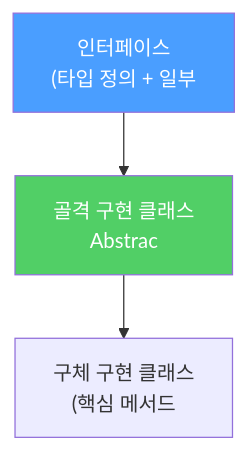
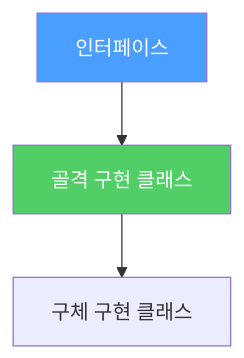
Before and after one commit to yjkim2015/yjkim2015.github.io: the third of 5 diagrams in _posts/java/2022-01-03-effective-java20.md, drawn with Mermaid. The commit also changed other lines of this file and 217 other files, not shown here.

First line of the commit message:
Mermaid 크기 수정: useMaxWidth:true + SVG max-width:100% + 라벨 축소

````diff
--- a/_posts/java/2022-01-03-effective-java20.md
+++ b/_posts/java/2022-01-03-effective-java20.md
@@ -153,7 +153,7 @@
 ```mermaid
 graph TD
-    A["인터페이스\n(타입 정의 + 일부"] --> C["골격 구현 클래스\nAbstrac"]
-    C --> D["구체 구현 클래스\n(핵심 메서드"]
+    A["인터페이스"] --> C["골격 구현 클래스"]
+    C --> D["구체 구현 클래스"]
     style A fill:#4a9eff,color:#fff
     style C fill:#51cf66,color:#fff
 ```
````
